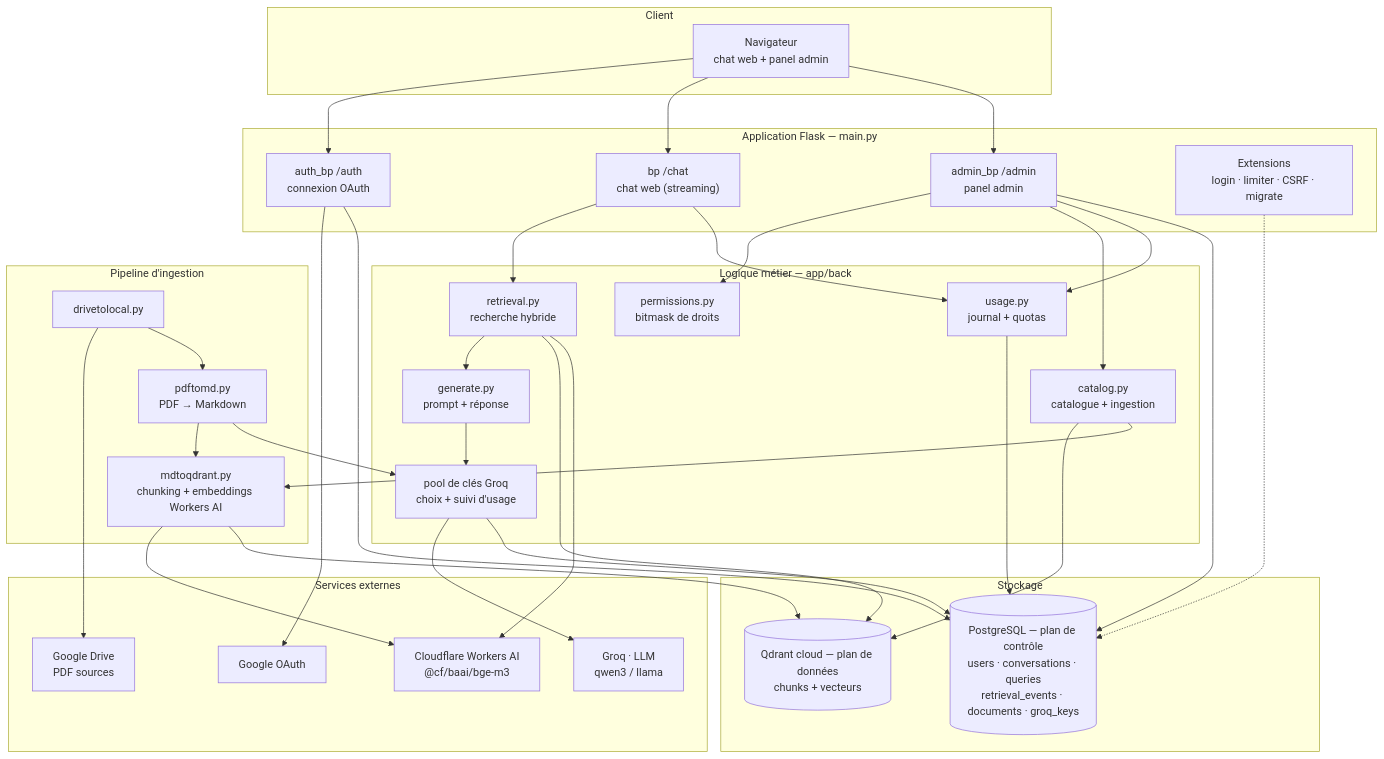
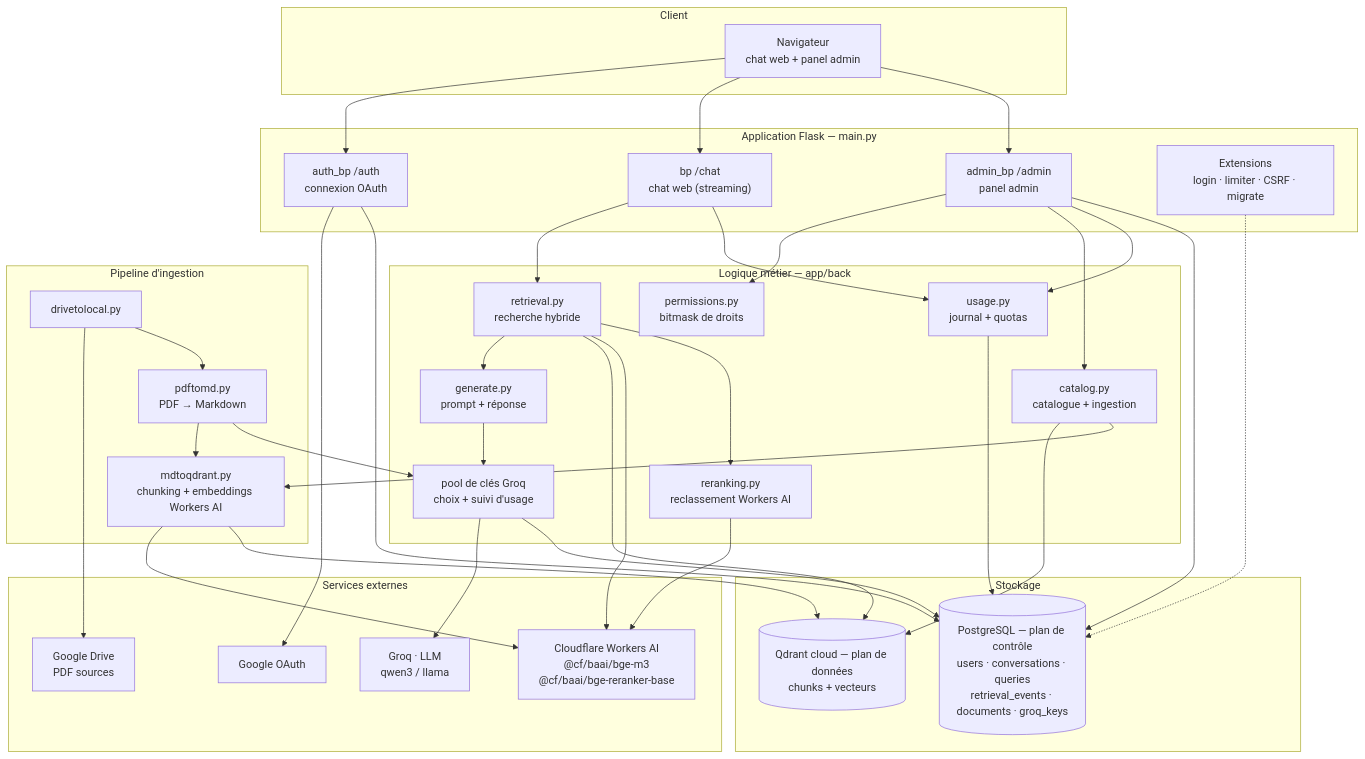
One commit to KioshiEagle/tngpt changed the first of 4 diagrams in docs/architecture.md. Above: the diagram before and after it, drawn with Mermaid. The commit also changed other lines of this file and 1 other file, not shown here.

Commit message:
Document the reranker in the architecture and report pages
architecture.md gets reranking.py in the business-logic subgraph, the
second Workers AI model on the external services node, and the rerank
round-trip in the /chat sequence — including the fact that a failure
falls back to the hybrid order rather than propagating.

rapports.md now states that the reranker is the one bench result that
made it into production, points at the module, and repeats where the
deployed version differs from the measured one. Build passes --strict.

````diff
--- a/docs/architecture.md
+++ b/docs/architecture.md
@@ -17,64 +17,66 @@
 ```mermaid
 flowchart TB
     subgraph client["Client"]
         Browser["Navigateur<br/>chat web + panel admin"]
     end
 
     subgraph flask["Application Flask — main.py"]
         AuthBP["auth_bp /auth<br/>connexion OAuth"]
         ChatBP["bp /chat<br/>chat web (streaming)"]
         AdminBP["admin_bp /admin<br/>panel admin"]
         Ext["Extensions<br/>login · limiter · CSRF · migrate"]
     end
 
     subgraph logic["Logique métier — app/back"]
         Perms["permissions.py<br/>bitmask de droits"]
         Retrieval["retrieval.py<br/>recherche hybride"]
+        Rerank["reranking.py<br/>reclassement Workers AI"]
         Generate["generate.py<br/>prompt + réponse"]
         Usage["usage.py<br/>journal + quotas"]
         Catalog["catalog.py<br/>catalogue + ingestion"]
         GroqPool["pool de clés Groq<br/>choix + suivi d'usage"]
     end
 
     subgraph pipeline["Pipeline d'ingestion"]
         Drive["drivetolocal.py"]
         Pdf["pdftomd.py<br/>PDF → Markdown"]
         Vector["mdtoqdrant.py<br/>chunking + embeddings Workers AI"]
     end
 
     subgraph stores["Stockage"]
         PG[("PostgreSQL — plan de contrôle<br/>users · conversations · queries<br/>retrieval_events · documents · groq_keys")]
         QD[("Qdrant cloud — plan de données<br/>chunks + vecteurs")]
     end
 
     subgraph external["Services externes"]
         Groq["Groq · LLM<br/>qwen3 / llama"]
         OAuth["Google OAuth"]
         GDrive["Google Drive<br/>PDF sources"]
-        CF["Cloudflare Workers AI<br/>@cf/baai/bge-m3"]
+        CF["Cloudflare Workers AI<br/>@cf/baai/bge-m3<br/>@cf/baai/bge-reranker-base"]
     end
 
     Browser --> AuthBP & ChatBP & AdminBP
     AuthBP --> OAuth
     AuthBP --> PG
 
     ChatBP --> Retrieval --> Generate
     Retrieval --> QD
     Retrieval --> CF
+    Retrieval --> Rerank --> CF
     ChatBP --> Usage --> PG
     Generate --> GroqPool --> Groq
     GroqPool --> PG
 
     AdminBP --> Perms & Catalog & Usage
     AdminBP --> PG
     Catalog --> QD
     Catalog --> Vector
 
     Drive --> GDrive
     Drive --> Pdf --> Vector
     Pdf --> GroqPool
     Vector --> CF
     Vector --> QD
 
     Ext -.-> PG
 ```
````
